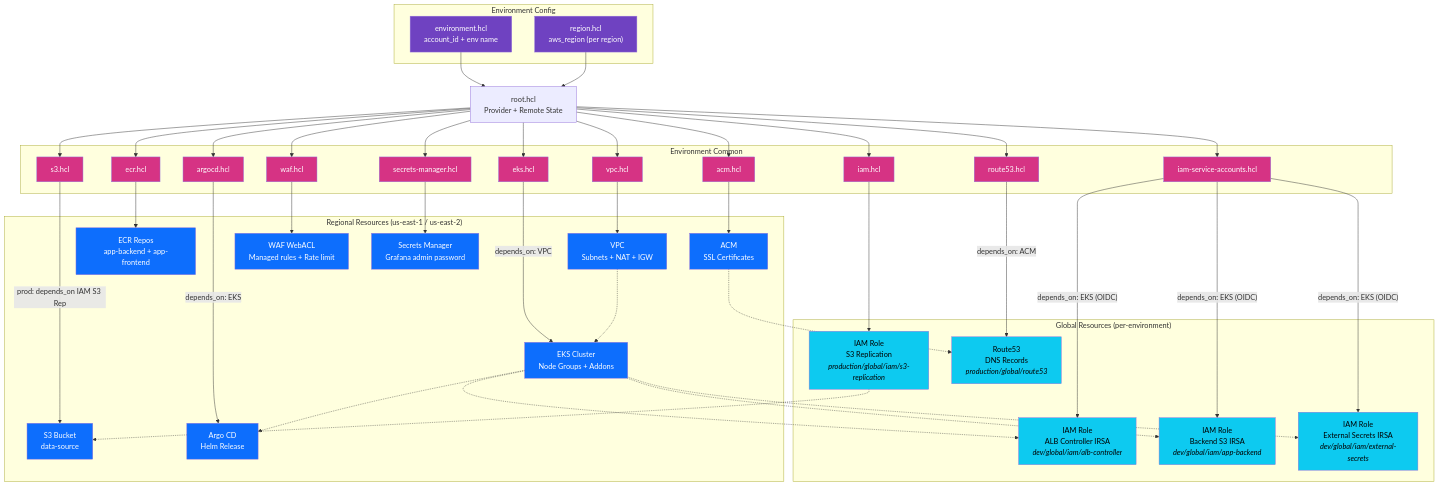
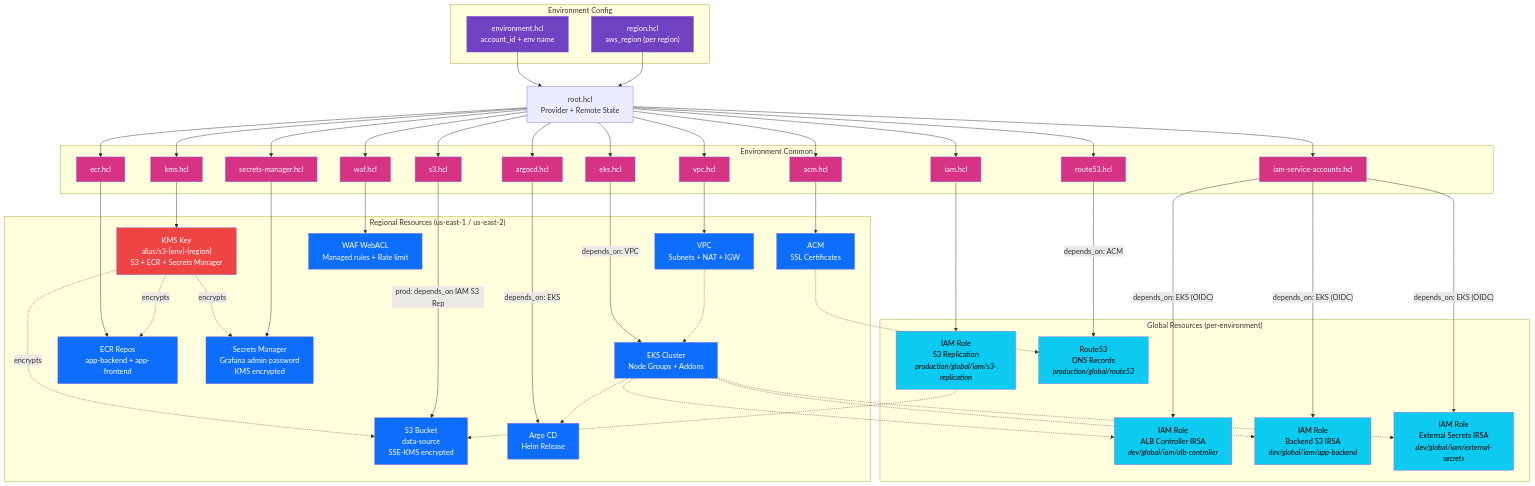
One commit to RaymonSun1230/my-devops-project changed the second of 7 diagrams in docs/diagrams.md. Above: the diagram before and after it, drawn with Mermaid. The commit also changed 32 other files, not shown here.

Commit message:
feat: add kms for aws security

````diff
--- a/docs/diagrams.md
+++ b/docs/diagrams.md
@@ -182,6 +182,8 @@
         IAM_SA_HCL["iam-service-accounts.hcl"]
         S3_HCL["s3.hcl"]
         WAF_HCL["waf.hcl"]
+        WAF_HCL["waf.hcl"]
+        KMS_HCL["kms.hcl"]
         SM_HCL["secrets-manager.hcl"]
         ACM_HCL["acm.hcl"]
         R53_HCL["route53.hcl"]
@@ -206,9 +208,10 @@
         EKS_RES["EKS Cluster<br/>Node Groups + Addons"]
         ECR_RES["ECR Repos<br/>app-backend + app-frontend"]
         ACM_RES["ACM<br/>SSL Certificates"]
-        S3_RES["S3 Bucket<br/>data-source"]
+        S3_RES["S3 Bucket<br/>data-source<br/>SSE-KMS encrypted"]
+        KMS_RES["KMS Key<br/>alias/s3-{env}-{region}<br/>S3 + ECR + Secrets Manager"]
         WAF_RES["WAF WebACL<br/>Managed rules + Rate limit"]
-        SM_RES["Secrets Manager<br/>Grafana admin password"]
+        SM_RES["Secrets Manager<br/>Grafana admin password<br/>KMS encrypted"]
         ARGOCD_RES["Argo CD<br/>Helm Release"]
     end
 
@@ -222,6 +225,7 @@
     ROOT --> IAM_SA_HCL
     ROOT --> S3_HCL
     ROOT --> WAF_HCL
+    ROOT --> KMS_HCL
     ROOT --> SM_HCL
     ROOT --> ACM_HCL
     ROOT --> R53_HCL
@@ -230,11 +234,15 @@
     VPC_HCL --> VPC_RES
     EKS_HCL -->|"depends_on: VPC"| EKS_RES
     ECR_HCL --> ECR_RES
+    KMS_HCL --> KMS_RES
 
     IAM_SA_HCL -->|"depends_on: EKS (OIDC)"| IAM_ALB
     IAM_SA_HCL -->|"depends_on: EKS (OIDC)"| IAM_BE
     IAM_SA_HCL -->|"depends_on: EKS (OIDC)"| IAM_ES
     IAM_HCL --> IAM_S3REP
+    KMS_RES -.->|"encrypts"| S3_RES
+    KMS_RES -.->|"encrypts"| ECR_RES
+    KMS_RES -.->|"encrypts"| SM_RES
     WAF_HCL --> WAF_RES
     SM_HCL --> SM_RES
     ACM_HCL --> ACM_RES
@@ -254,9 +262,11 @@
     classDef common fill:#D63384,color:#fff
     classDef global fill:#0DCAF0,color:#000
     classDef regional fill:#0D6EFD,color:#fff
+    classDef security fill:#EF4444,color:#fff
 
     class ENV,REGION input
-    class VPC_HCL,EKS_HCL,ECR_HCL,IAM_HCL,IAM_SA_HCL,S3_HCL,WAF_HCL,SM_HCL,ACM_HCL,R53_HCL,ARGOCD_HCL common
+    class VPC_HCL,EKS_HCL,ECR_HCL,IAM_HCL,IAM_SA_HCL,S3_HCL,WAF_HCL,KMS_HCL,SM_HCL,ACM_HCL,R53_HCL,ARGOCD_HCL common
     class IAM_ALB,IAM_BE,IAM_ES,IAM_S3REP,R53_RES global
     class VPC_RES,EKS_RES,ECR_RES,ACM_RES,S3_RES,WAF_RES,SM_RES,ARGOCD_RES regional
+    class KMS_RES security
 ```
````
